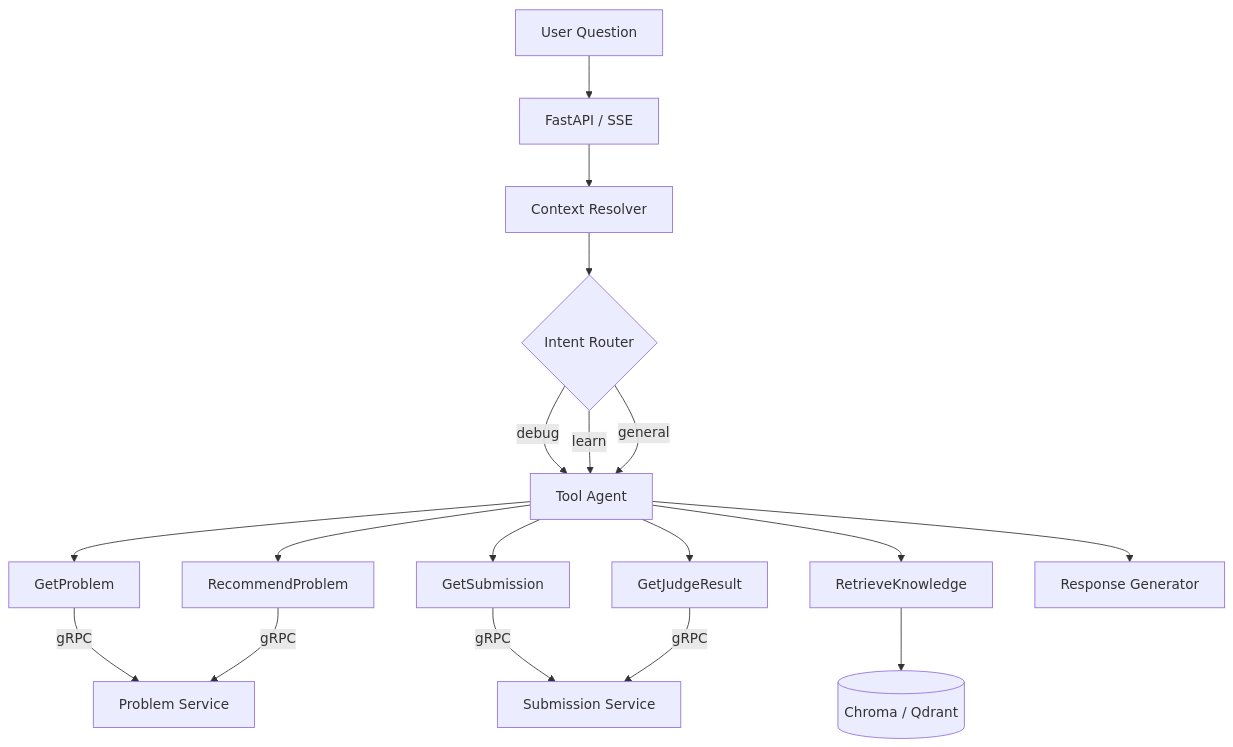
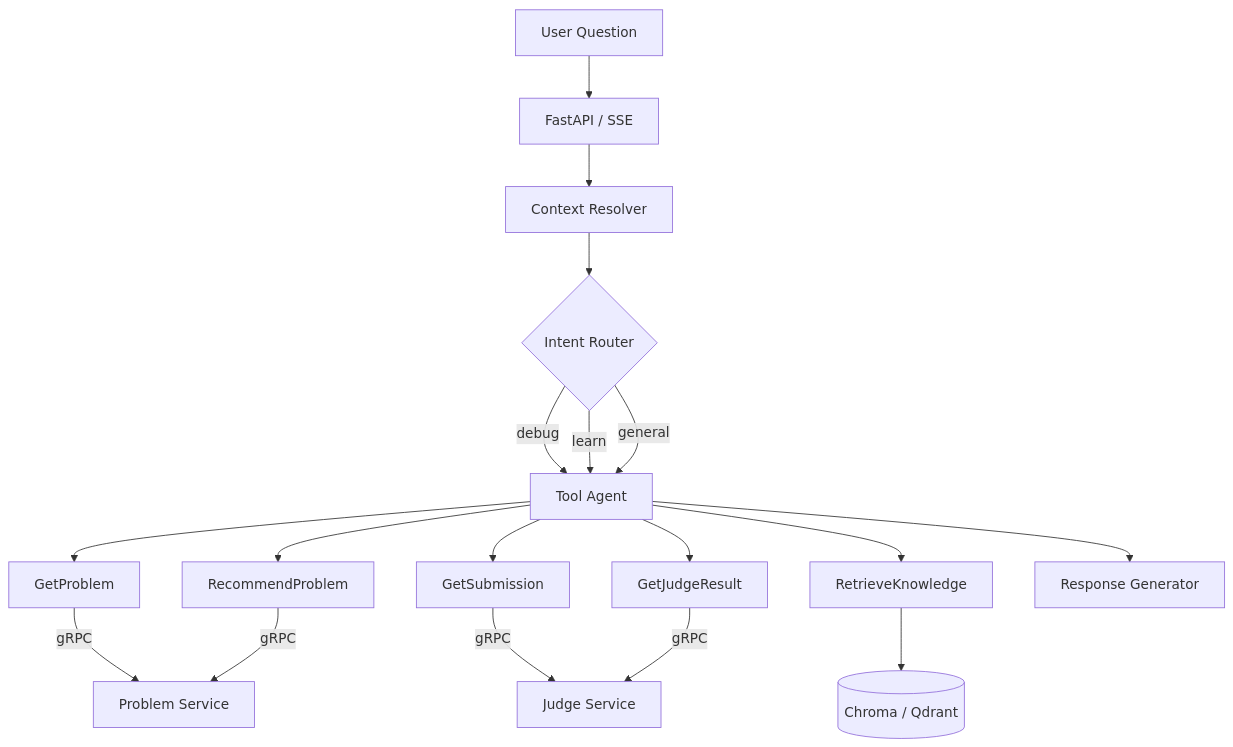
The third of 6 diagrams in docs/architecture.md (viggggil/go_oj_agent), drawn with Mermaid before and after one commit. The commit also changed other lines of this file and 6 other files, not shown here.

Commit message:
docs(architecture): merge submission scheduling into judge service

````diff
--- a/docs/architecture.md
+++ b/docs/architecture.md
@@ -518,24 +507,24 @@
 ```mermaid
 flowchart TB
     Question["User Question"] --> API["FastAPI / SSE"]
     API --> Context["Context Resolver"]
     Context --> Intent{"Intent Router"}
 
     Intent -->|"debug"| ToolAgent["Tool Agent"]
     Intent -->|"learn"| ToolAgent
     Intent -->|"general"| ToolAgent
 
     ToolAgent --> Problem["GetProblem"]
     ToolAgent --> Submission["GetSubmission"]
     ToolAgent --> Judge["GetJudgeResult"]
     ToolAgent --> RAG["RetrieveKnowledge"]
     ToolAgent --> Recommend["RecommendProblem"]
 
     Problem -->|"gRPC"| PS["Problem Service"]
-    Submission -->|"gRPC"| SS["Submission Service"]
-    Judge -->|"gRPC"| SS
+    Submission -->|"gRPC"| JS["Judge Service"]
+    Judge -->|"gRPC"| JS
     Recommend -->|"gRPC"| PS
     RAG --> Vector[("Chroma / Qdrant")]
 
     ToolAgent --> Response["Response Generator"]
 ```
````
